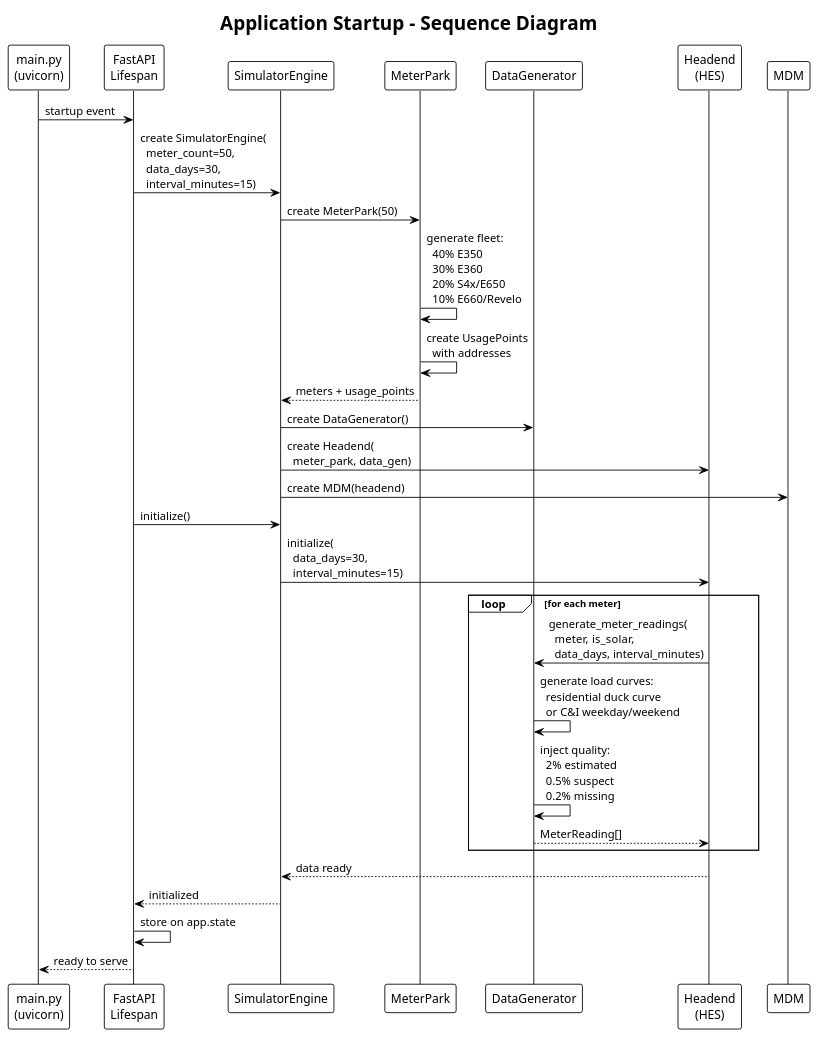
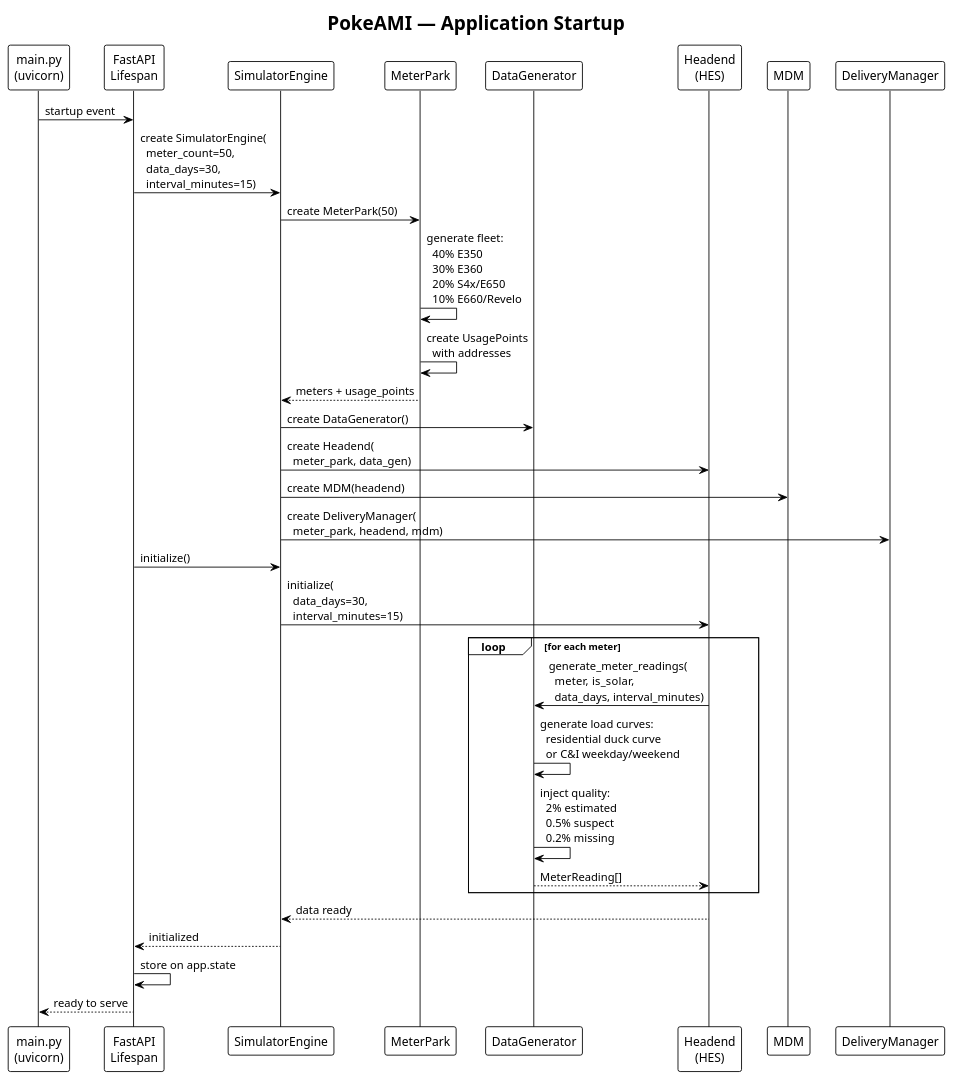
One commit to pjm4github/PokeAMI changed the diagram in docs/diagrams/sequence_startup.puml. Above: the diagram before and after it, drawn with PlantUML. The commit also changed 16 other files, not shown here.

First line of the commit message:
Rename to PokeAMI, update README and all PlantUML diagrams

```diff
--- a/docs/diagrams/sequence_startup.puml
+++ b/docs/diagrams/sequence_startup.puml
@@ -1,41 +1,43 @@
 @startuml Sequence - Application Startup
 !theme plain
 
-title Application Startup - Sequence Diagram
+title PokeAMI — Application Startup
 
 participant "main.py\n(uvicorn)" as Main
 participant "FastAPI\nLifespan" as Lifespan
 participant "SimulatorEngine" as Engine
 participant "MeterPark" as MP
 participant "DataGenerator" as DG
 participant "Headend\n(HES)" as HES
 participant "MDM" as MDM
+participant "DeliveryManager" as DM
 
 Main -> Lifespan : startup event
 Lifespan -> Engine : create SimulatorEngine(\n  meter_count=50,\n  data_days=30,\n  interval_minutes=15)
 
 Engine -> MP : create MeterPark(50)
 MP -> MP : generate fleet:\n  40% E350\n  30% E360\n  20% S4x/E650\n  10% E660/Revelo
 MP -> MP : create UsagePoints\n  with addresses
 MP --> Engine : meters + usage_points
 
 Engine -> DG : create DataGenerator()
 Engine -> HES : create Headend(\n  meter_park, data_gen)
 Engine -> MDM : create MDM(headend)
+Engine -> DM : create DeliveryManager(\n  meter_park, headend, mdm)
 
 Lifespan -> Engine : initialize()
 Engine -> HES : initialize(\n  data_days=30,\n  interval_minutes=15)
 
 loop for each meter
     HES -> DG : generate_meter_readings(\n  meter, is_solar,\n  data_days, interval_minutes)
     DG -> DG : generate load curves:\n  residential duck curve\n  or C&I weekday/weekend
     DG -> DG : inject quality:\n  2% estimated\n  0.5% suspect\n  0.2% missing
     DG --> HES : MeterReading[]
 end
 
 HES --> Engine : data ready
 Engine --> Lifespan : initialized
 Lifespan -> Lifespan : store on app.state
 Lifespan --> Main : ready to serve
 
 @enduml
```
